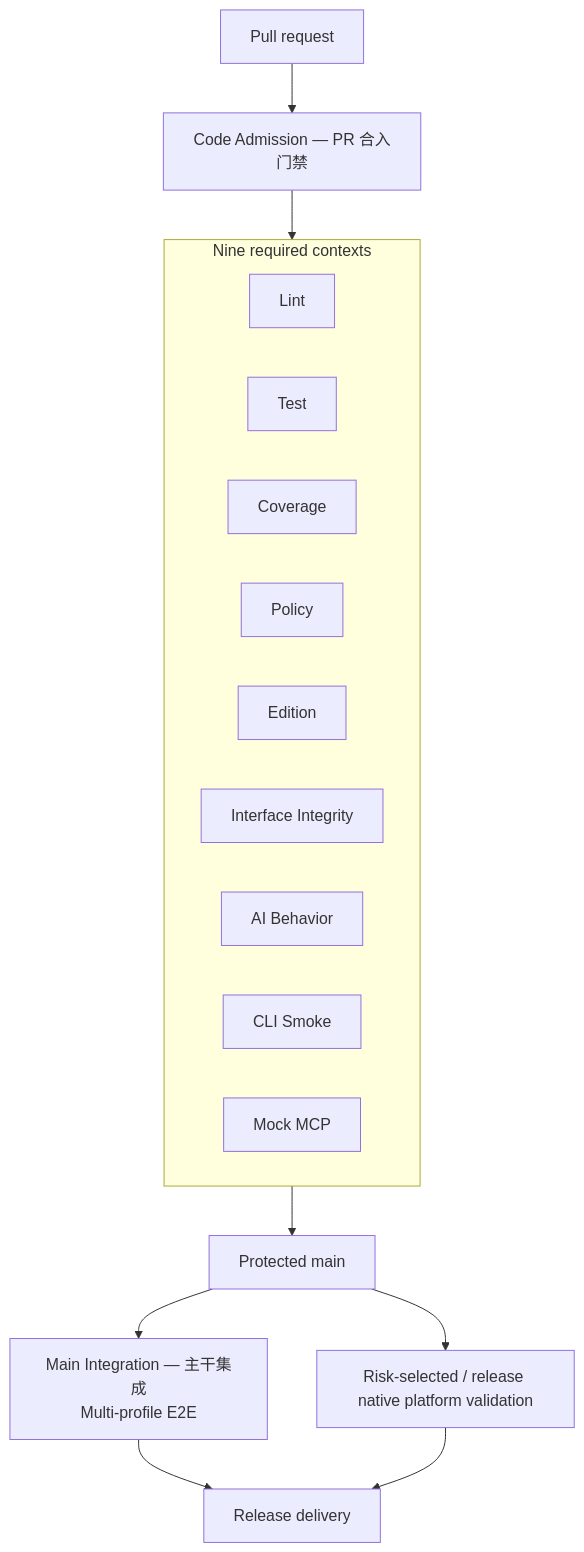
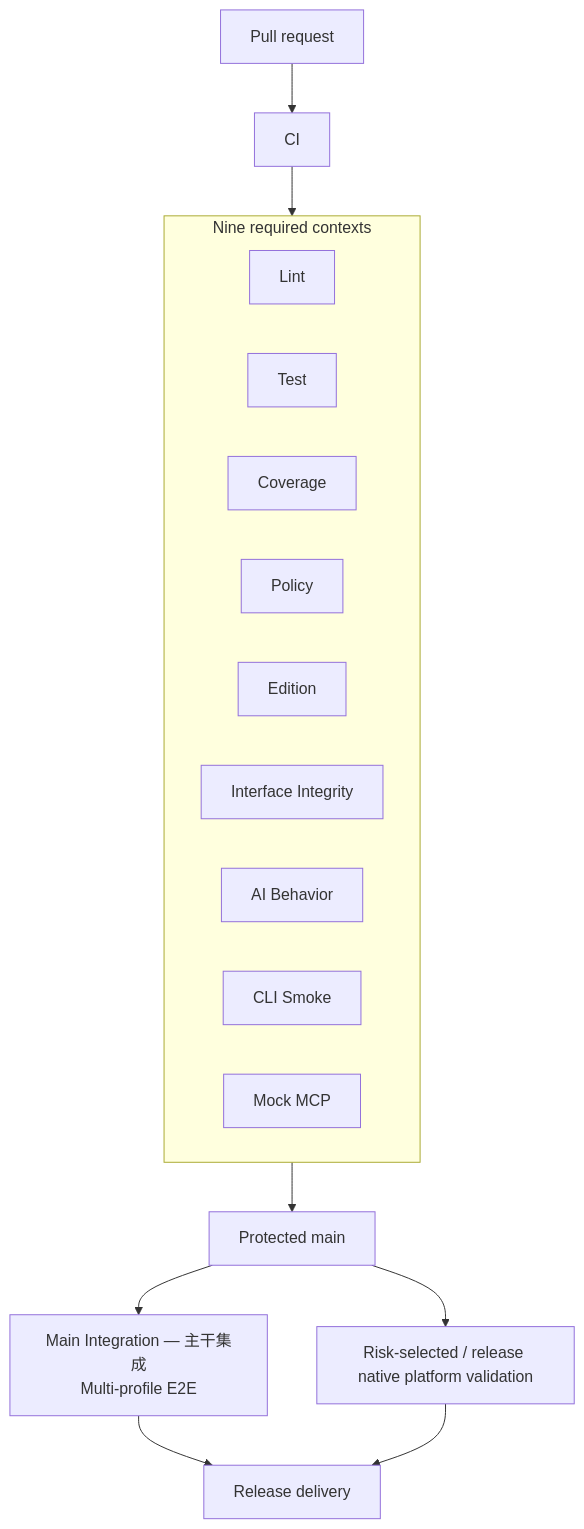
Before and after one commit to DingTalk-Real-AI/dingtalk-workspace-cli: the diagram in docs/architecture.md, drawn with Mermaid. The commit also changed 9 other files, not shown here.

````diff
--- a/docs/architecture.md
+++ b/docs/architecture.md
@@ -53,21 +53,21 @@
 ```mermaid
 flowchart TB
-  PR["Pull request"] --> CA["Code Admission — PR 合入门禁"]
+  PR["Pull request"] --> CA["CI"]
   subgraph CA_CHECKS["Nine required contexts"]
     L["Lint"]
     T["Test"]
     C["Coverage"]
     P["Policy"]
     E["Edition"]
     I["Interface Integrity"]
     A["AI Behavior"]
     S["CLI Smoke"]
     M["Mock MCP"]
   end
   CA --> CA_CHECKS
   CA_CHECKS --> MAIN["Protected main"]
   MAIN --> MP["Main Integration — 主干集成<br/>Multi-profile E2E"]
   MAIN --> PLATFORM["Risk-selected / release native platform validation"]
   MP --> RELEASE["Release delivery"]
   PLATFORM --> RELEASE
 ```
````
